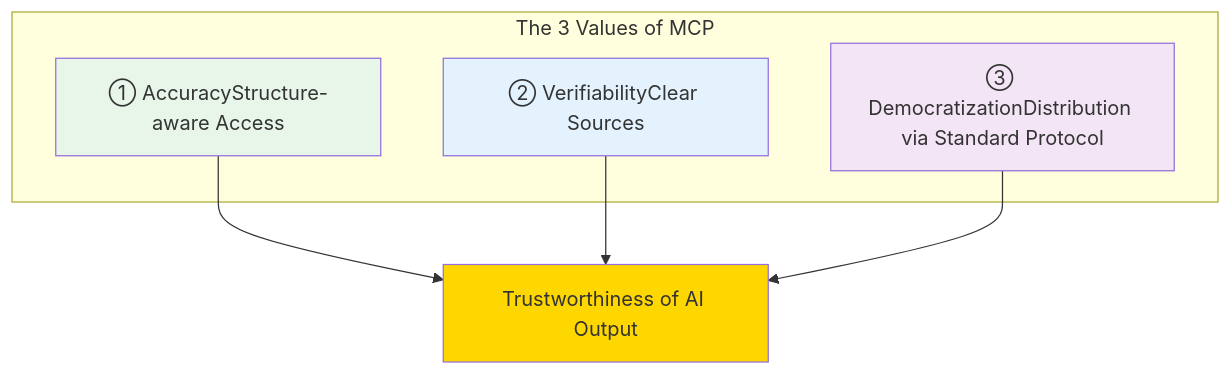
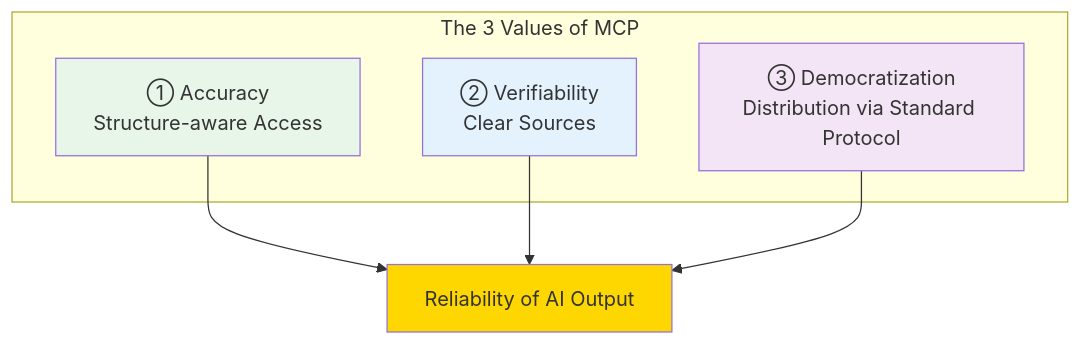
Diagram 13 of 13 in docs/concepts/04-ai-design-patterns.md (shuji-bonji/ai-agent-architecture), drawn with Mermaid before and after one commit. The commit also changed other lines of this file and 8 other files, not shown here.

````diff
--- a/docs/concepts/04-ai-design-patterns.md
+++ b/docs/concepts/04-ai-design-patterns.md
@@ -706,17 +788,17 @@
 ```mermaid
 graph TB
     subgraph MCPValues["The 3 Values of MCP"]
-        V1["① Accuracy<bn>Structure-aware Access"]
-        V2["② Verifiability<bn>Clear Sources"]
-        V3["③ Democratization<bn>Distribution via Standard Protocol"]
+        V1["① Accuracy<br>Structure-aware Access"]
+        V2["② Verifiability<br>Clear Sources"]
+        V3["③ Democratization<br>Distribution via Standard Protocol"]
     end
 
-    V1 --> RESULT[Trustworthiness of AI Output]
+    V1 --> RESULT[Reliability of AI Output]
     V2 --> RESULT
     V3 --> RESULT
 
     style V1 fill:#e8f5e9,color:#333
     style V2 fill:#e3f2fd,color:#333
     style V3 fill:#f3e5f5,color:#333
     style RESULT fill:#ffd700,color:#333
 ```
````
